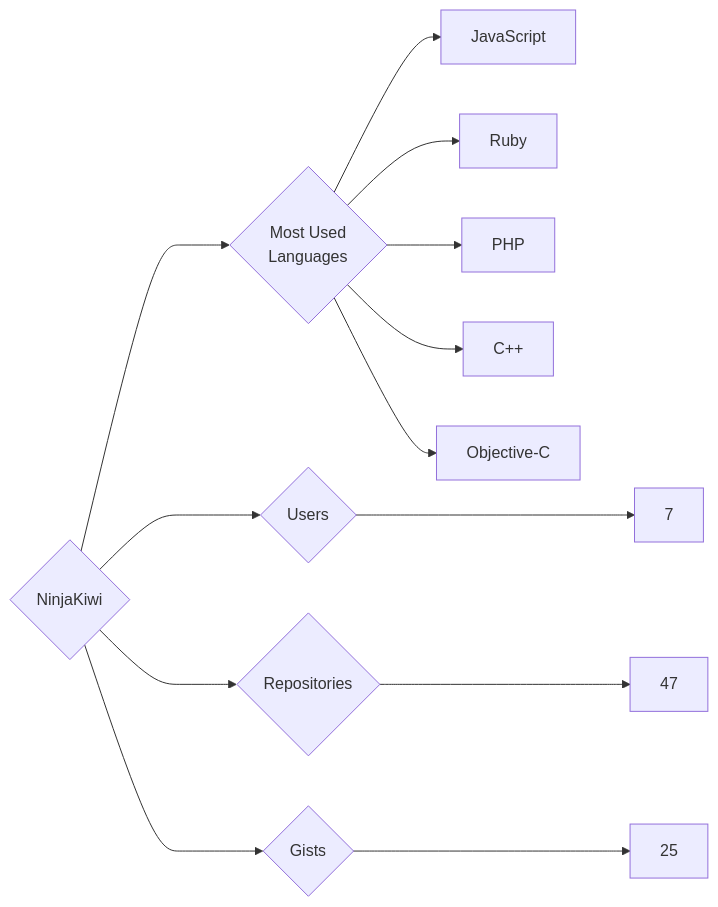
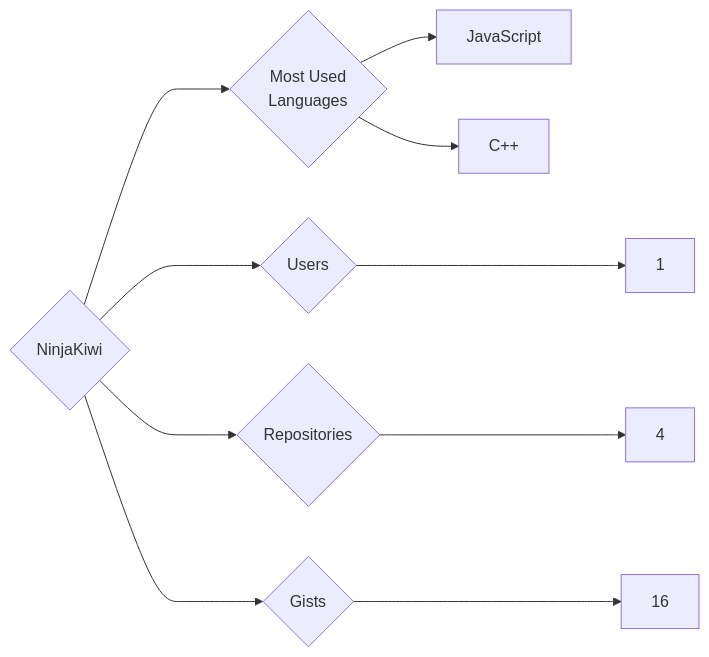
One commit to trickest/insiders changed the diagram in targets/NinjaKiwi/README.md. Above: the diagram before and after it, drawn with Mermaid. The commit also changed 444 other files, not shown here.

````diff
--- a/targets/NinjaKiwi/README.md
+++ b/targets/NinjaKiwi/README.md
@@ -3,13 +3,10 @@
 ```mermaid
 graph LR
 COMPANY_NAME{NinjaKiwi}
-COMPANY_NAME ---> U{Users} ---> UN[7]
-COMPANY_NAME ---> R{Repositories} ---> RN[47]
-COMPANY_NAME ---> G{Gists} ---> GN[25]
+COMPANY_NAME ---> U{Users} ---> UN[1]
+COMPANY_NAME ---> R{Repositories} ---> RN[4]
+COMPANY_NAME ---> G{Gists} ---> GN[16]
 COMPANY_NAME ---> ML{Most Used<br>Languages}
 ML --> JavaScript[JavaScript]
-ML --> Ruby[Ruby]
-ML --> PHP[PHP]
 ML --> C++[C++]
-ML --> Objective-C[Objective-C]
 ```
````
